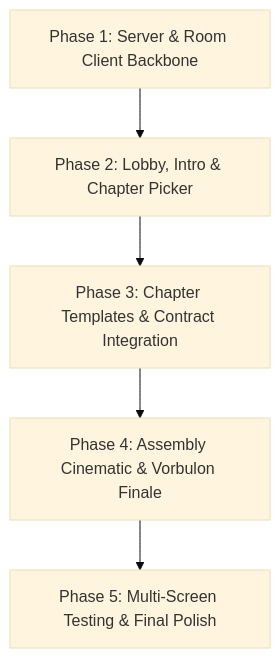
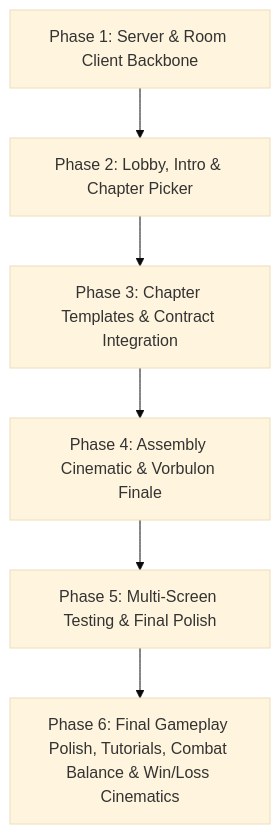
One commit to Arnav-sys-29/The-final-protocol changed the diagram in .planning/ROADMAP.md. Above: the diagram before and after it, drawn with Mermaid (base theme). The commit also changed other lines of this file and 46 other files, not shown here.

````diff
--- a/.planning/ROADMAP.md
+++ b/.planning/ROADMAP.md
@@ -5,7 +5,8 @@
 ```mermaid
 graph TD
   P1[Phase 1: Server & Room Client Backbone] --> P2[Phase 2: Lobby, Intro & Chapter Picker]
   P2 --> P3[Phase 3: Chapter Templates & Contract Integration]
   P3 --> P4[Phase 4: Assembly Cinematic & Vorbulon Finale]
   P4 --> P5[Phase 5: Multi-Screen Testing & Final Polish]
+  P5 --> P6[Phase 6: Final Gameplay Polish, Tutorials, Combat Balance & Win/Loss Cinematics]
 ```
````
